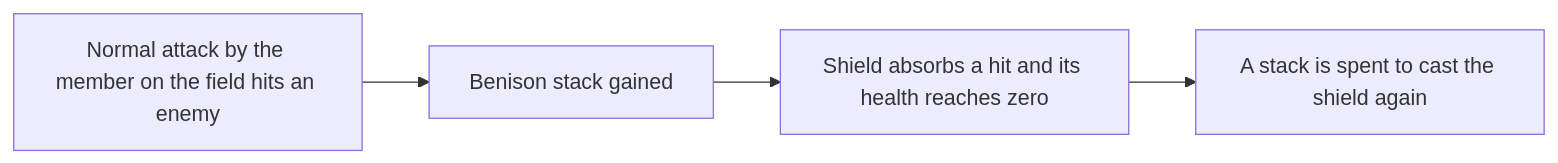
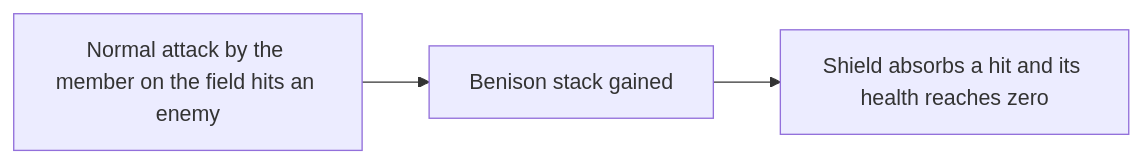
The diagram in openspec/specs/genshin/kits/dahlia/design.md (Esposter/Esposter), drawn with Mermaid before and after one commit. The commit also changed other lines of this file and 15 other files, not shown here.

````diff
--- a/openspec/specs/genshin/kits/dahlia/design.md
+++ b/openspec/specs/genshin/kits/dahlia/design.md
@@ -16,6 +16,5 @@
 ```mermaid
 flowchart LR
   A["Normal attack by the member on the field hits an enemy"] --> B["Benison stack gained"]
   B --> C["Shield absorbs a hit and its health reaches zero"]
-  C --> D["A stack is spent to cast the shield again"]
 ```
````
